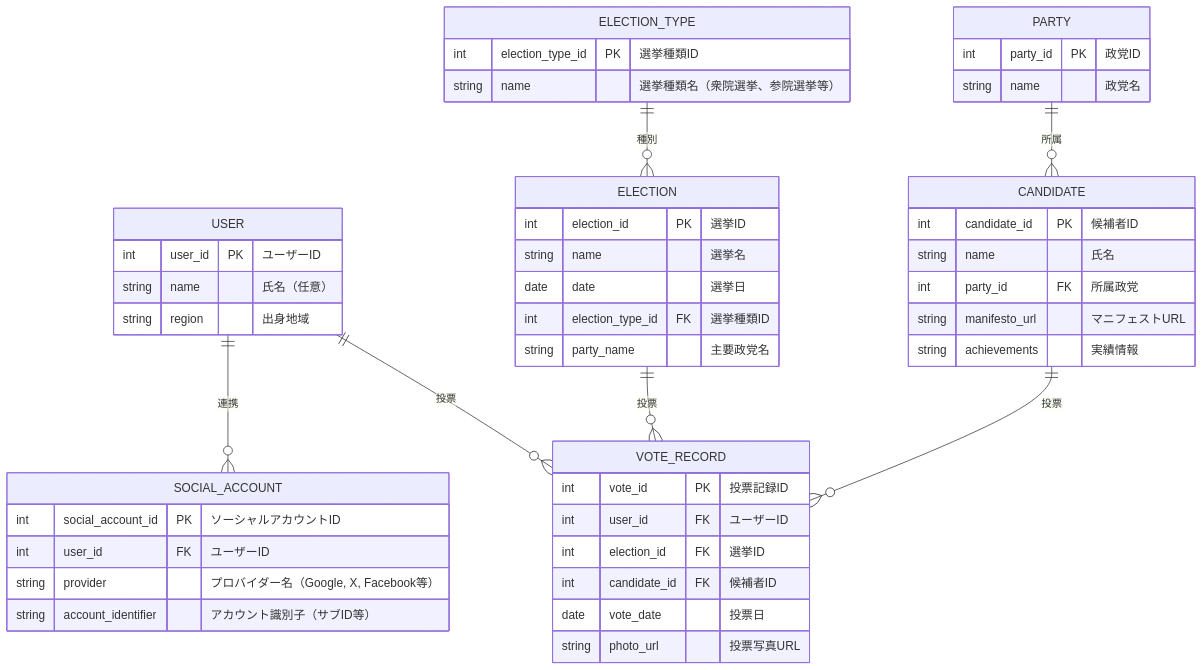
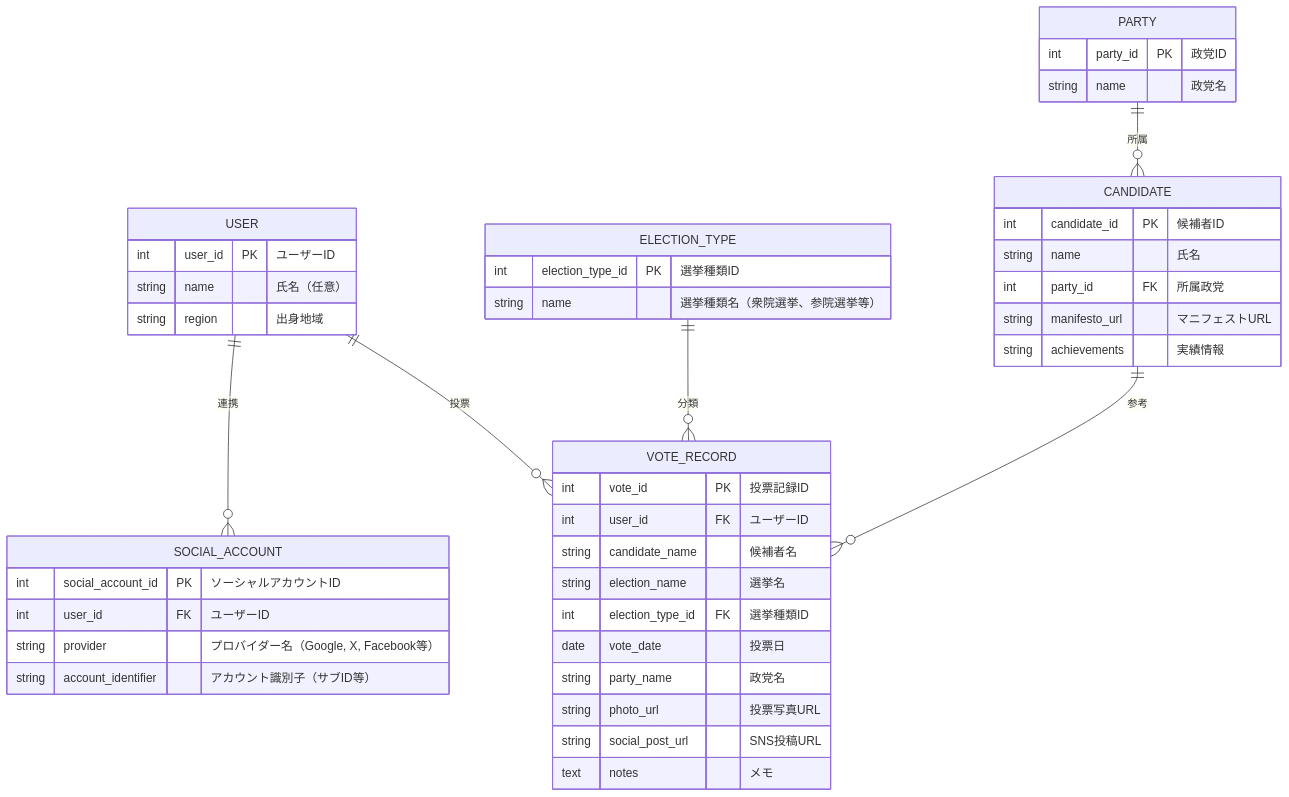
The diagram in doc/ER.md (papettoTV/my-tohyo), drawn with Mermaid before and after one commit. The commit also changed other lines of this file and 11 other files, not shown here.

````diff
--- a/doc/ER.md
+++ b/doc/ER.md
@@ -5,51 +5,47 @@
 ```mermaid
 erDiagram
     USER {
         int user_id PK "ユーザーID"
         string name "氏名（任意）"
         string region "出身地域"
     }
     SOCIAL_ACCOUNT {
         int social_account_id PK "ソーシャルアカウントID"
         int user_id FK "ユーザーID"
         string provider "プロバイダー名（Google, X, Facebook等）"
         string account_identifier "アカウント識別子（サブID等）"
     }
     ELECTION_TYPE {
         int election_type_id PK "選挙種類ID"
         string name "選挙種類名（衆院選挙、参院選挙等）"
     }
-    ELECTION {
-        int election_id PK "選挙ID"
-        string name "選挙名"
-        date date "選挙日"
-        int election_type_id FK "選挙種類ID"
-        string party_name "主要政党名"
-    }
     PARTY {
         int party_id PK "政党ID"
         string name "政党名"
     }
     CANDIDATE {
         int candidate_id PK "候補者ID"
         string name "氏名"
         int party_id FK "所属政党"
         string manifesto_url "マニフェストURL"
         string achievements "実績情報"
     }
     VOTE_RECORD {
         int vote_id PK "投票記録ID"
         int user_id FK "ユーザーID"
-        int election_id FK "選挙ID"
-        int candidate_id FK "候補者ID"
+        string candidate_name "候補者名"
+        string election_name "選挙名"
+        int election_type_id FK "選挙種類ID"
         date vote_date "投票日"
+        string party_name "政党名"
         string photo_url "投票写真URL"
+        string social_post_url "SNS投稿URL"
+        text notes "メモ"
     }
 
     USER ||--o{ SOCIAL_ACCOUNT : "連携"
     USER ||--o{ VOTE_RECORD : "投票"
-    ELECTION_TYPE ||--o{ ELECTION : "種別"
-    ELECTION ||--o{ VOTE_RECORD : "投票"
-    CANDIDATE ||--o{ VOTE_RECORD : "投票"
+    ELECTION_TYPE ||--o{ VOTE_RECORD : "分類"
+    CANDIDATE ||--o{ VOTE_RECORD : "参考"
     PARTY ||--o{ CANDIDATE : "所属"
 ```
````
